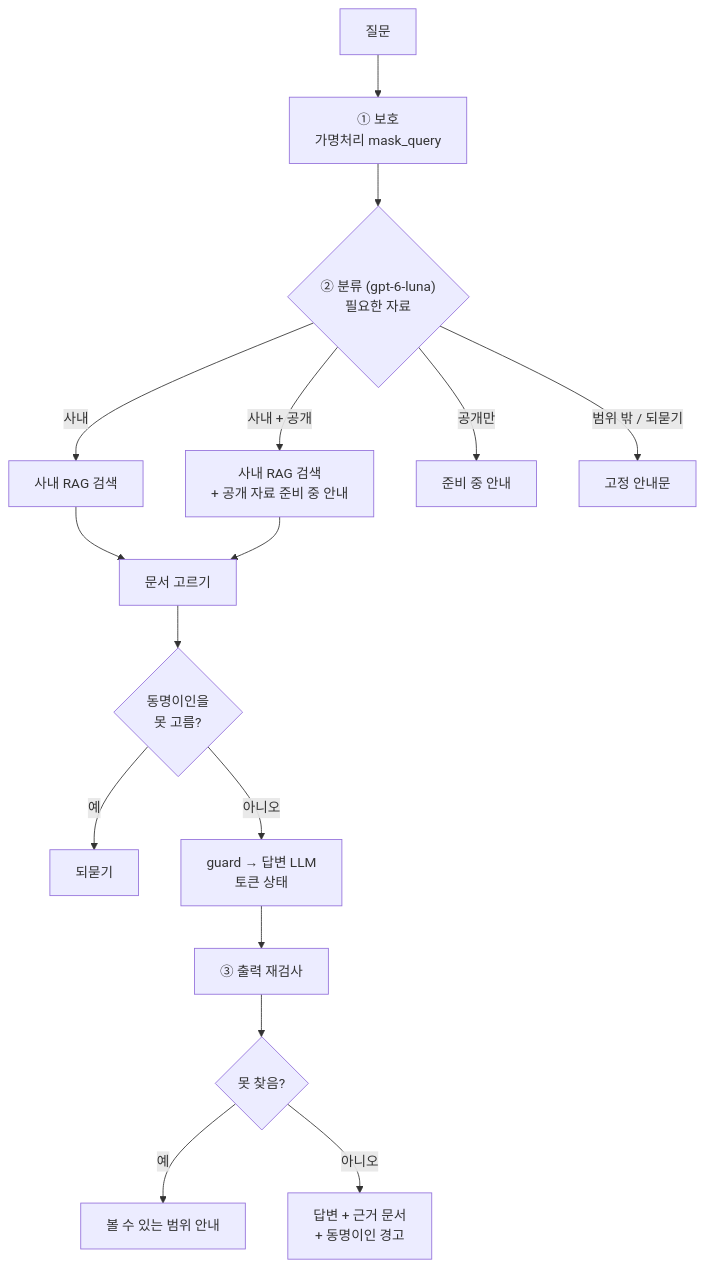
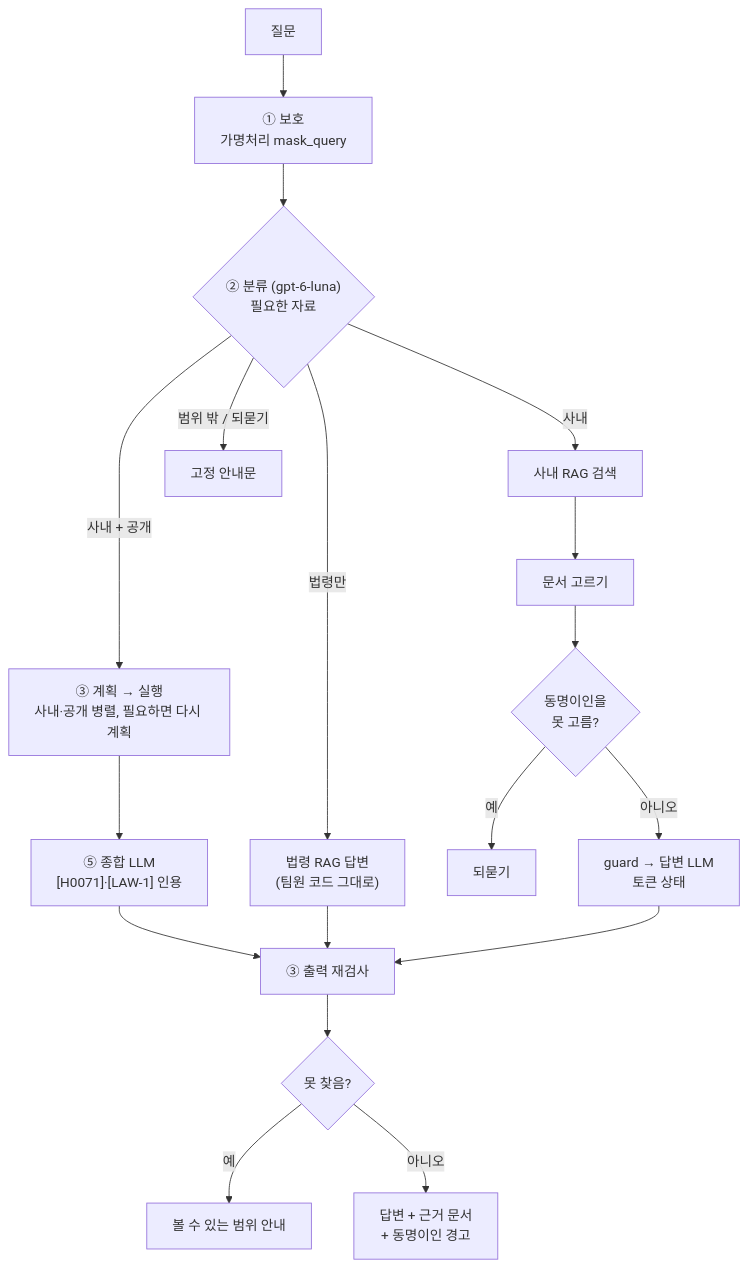
The fourth of 5 diagrams in 최종프로젝트/README.md (BBuSang/likelion-AI-4team), drawn with Mermaid before and after one commit. The commit also changed other lines of this file and 79 other files, not shown here.

````diff
--- a/최종프로젝트/README.md
+++ b/최종프로젝트/README.md
@@ -249,18 +253,20 @@
 ```mermaid
 flowchart TD
     Q[질문] --> P["① 보호<br/>가명처리 mask_query"]
     P --> C{"② 분류 (gpt-6-luna)<br/>필요한 자료"}
     C -->|사내| S[사내 RAG 검색]
-    C -->|사내 + 공개| S2["사내 RAG 검색<br/>+ 공개 자료 준비 중 안내"]
-    C -->|공개만| PUB[준비 중 안내]
+    C -->|사내 + 공개| PL["③ 계획 → 실행<br/>사내·공개 병렬, 필요하면 다시 계획"]
+    C -->|법령만| LAWA["법령 RAG 답변<br/>(팀원 코드 그대로)"]
     C -->|범위 밖 / 되묻기| FIX[고정 안내문]
     S --> SEL[문서 고르기]
-    S2 --> SEL
+    PL --> SYN["⑤ 종합 LLM<br/>[H0071]·[LAW-1] 인용"]
+    SYN --> CHK
+    LAWA --> CHK
     SEL --> AMB{동명이인을<br/>못 고름?}
     AMB -->|예| ASK[되묻기]
     AMB -->|아니오| G["guard → 답변 LLM<br/>토큰 상태"]
     G --> CHK["③ 출력 재검사"]
     CHK --> NF{못 찾음?}
     NF -->|예| SCOPE[볼 수 있는 범위 안내]
     NF -->|아니오| OUT[답변 + 근거 문서<br/>+ 동명이인 경고]
 ```
````
